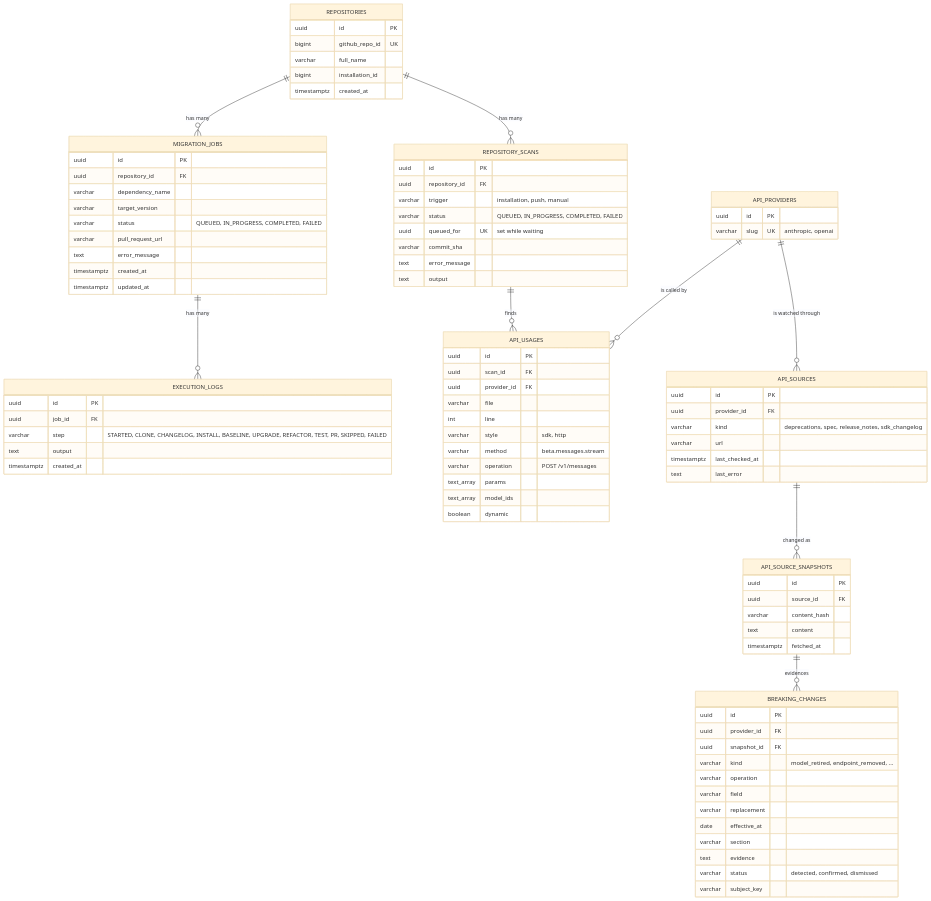
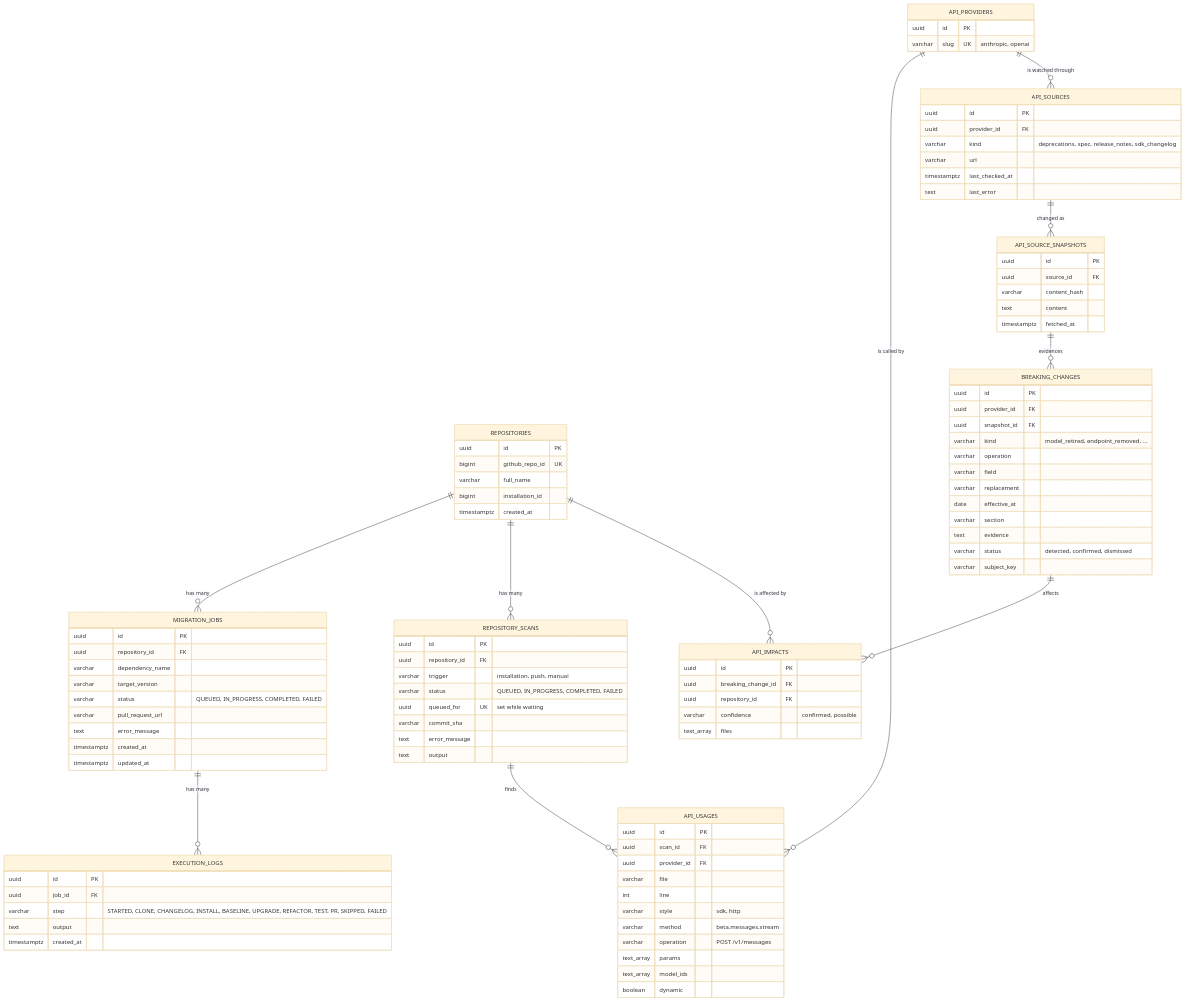
Before and after one commit to kiet08hogit/SyncLab: the sixth of 6 diagrams in README.md, drawn with Mermaid (base theme). The commit also changed other lines of this file and 22 other files, not shown here.

First line of the commit message:
feat(api): record repositories and files a confirmed change affects (#36)

````diff
--- a/README.md
+++ b/README.md
@@ -351,6 +351,8 @@
     API_PROVIDERS ||--o{ API_SOURCES : "is watched through"
     API_SOURCES ||--o{ API_SOURCE_SNAPSHOTS : "changed as"
     API_SOURCE_SNAPSHOTS ||--o{ BREAKING_CHANGES : "evidences"
+    BREAKING_CHANGES ||--o{ API_IMPACTS : "affects"
+    REPOSITORIES ||--o{ API_IMPACTS : "is affected by"
 
     REPOSITORIES {
         uuid id PK
@@ -441,4 +443,12 @@
         varchar status "detected, confirmed, dismissed"
         varchar subject_key
     }
+
+    API_IMPACTS {
+        uuid id PK
+        uuid breaking_change_id FK
+        uuid repository_id FK
+        varchar confidence "confirmed, possible"
+        text_array files
+    }
 ```
````
